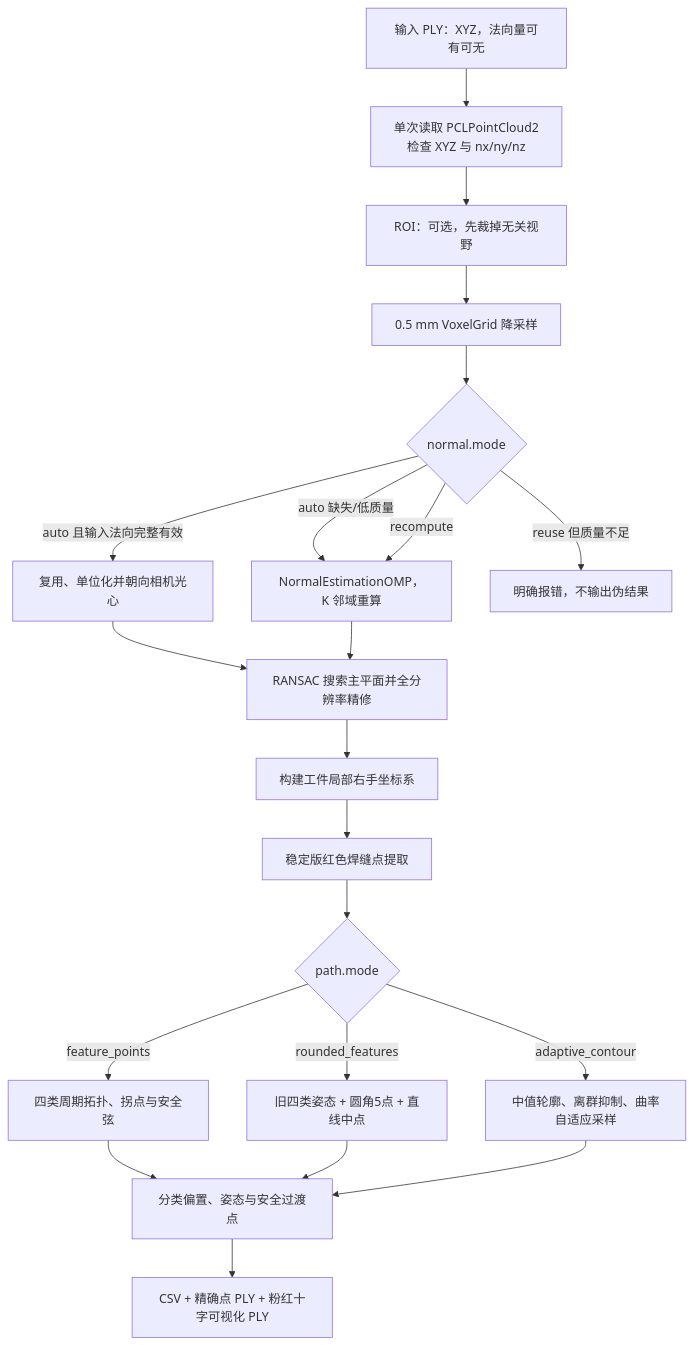
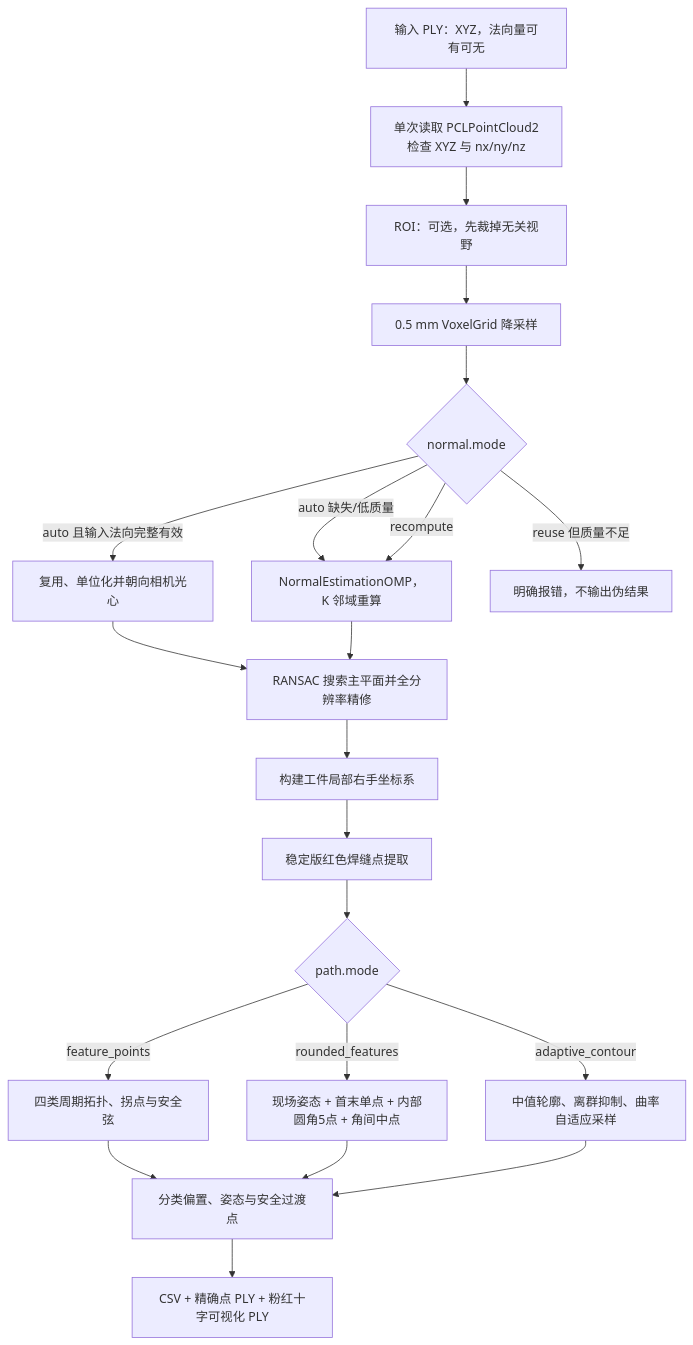
Before and after one commit to Luckme921/cimc: the diagram in x86_weld_seam_test/README.md, drawn with Mermaid. The commit also changed other lines of this file and 7 other files, not shown here.

````diff
--- a/x86_weld_seam_test/README.md
+++ b/x86_weld_seam_test/README.md
@@ -26,23 +26,23 @@
 ```mermaid
 flowchart TD
     A["输入 PLY：XYZ，法向量可有可无"] --> B["单次读取 PCLPointCloud2\n检查 XYZ 与 nx/ny/nz"]
     B --> C["ROI：可选，先裁掉无关视野"]
     C --> D["0.5 mm VoxelGrid 降采样"]
     D --> E{"normal.mode"}
     E -->|"auto 且输入法向完整有效"| F["复用、单位化并朝向相机光心"]
     E -->|"auto 缺失/低质量"| G["NormalEstimationOMP，K 邻域重算"]
     E -->|"recompute"| G
     E -->|"reuse 但质量不足"| H["明确报错，不输出伪结果"]
     F --> I["RANSAC 搜索主平面并全分辨率精修"]
     G --> I
     I --> J["构建工件局部右手坐标系"]
     J --> K["稳定版红色焊缝点提取"]
     K --> L{"path.mode"}
     L -->|"feature_points"| M["四类周期拓扑、拐点与安全弦"]
-    L -->|"rounded_features"| R["旧四类姿态 + 圆角5点 + 直线中点"]
+    L -->|"rounded_features"| R["现场姿态 + 首末单点 + 内部圆角5点 + 角间中点"]
     L -->|"adaptive_contour"| P["中值轮廓、离群抑制、曲率自适应采样"]
     M --> N["分类偏置、姿态与安全过渡点"]
     R --> N
     P --> N
     N --> O["CSV + 精确点 PLY + 粉红十字可视化 PLY"]
 ```
````
